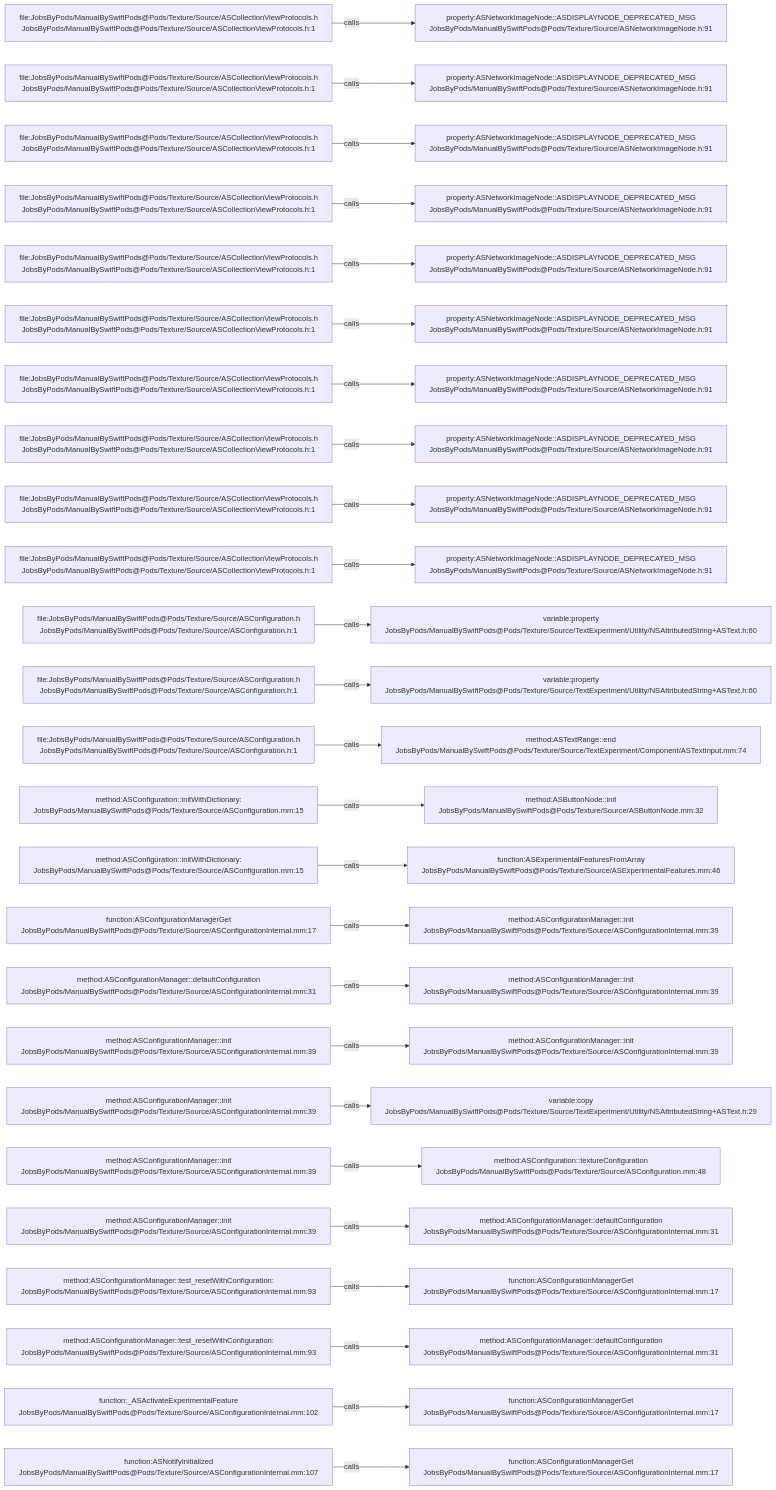
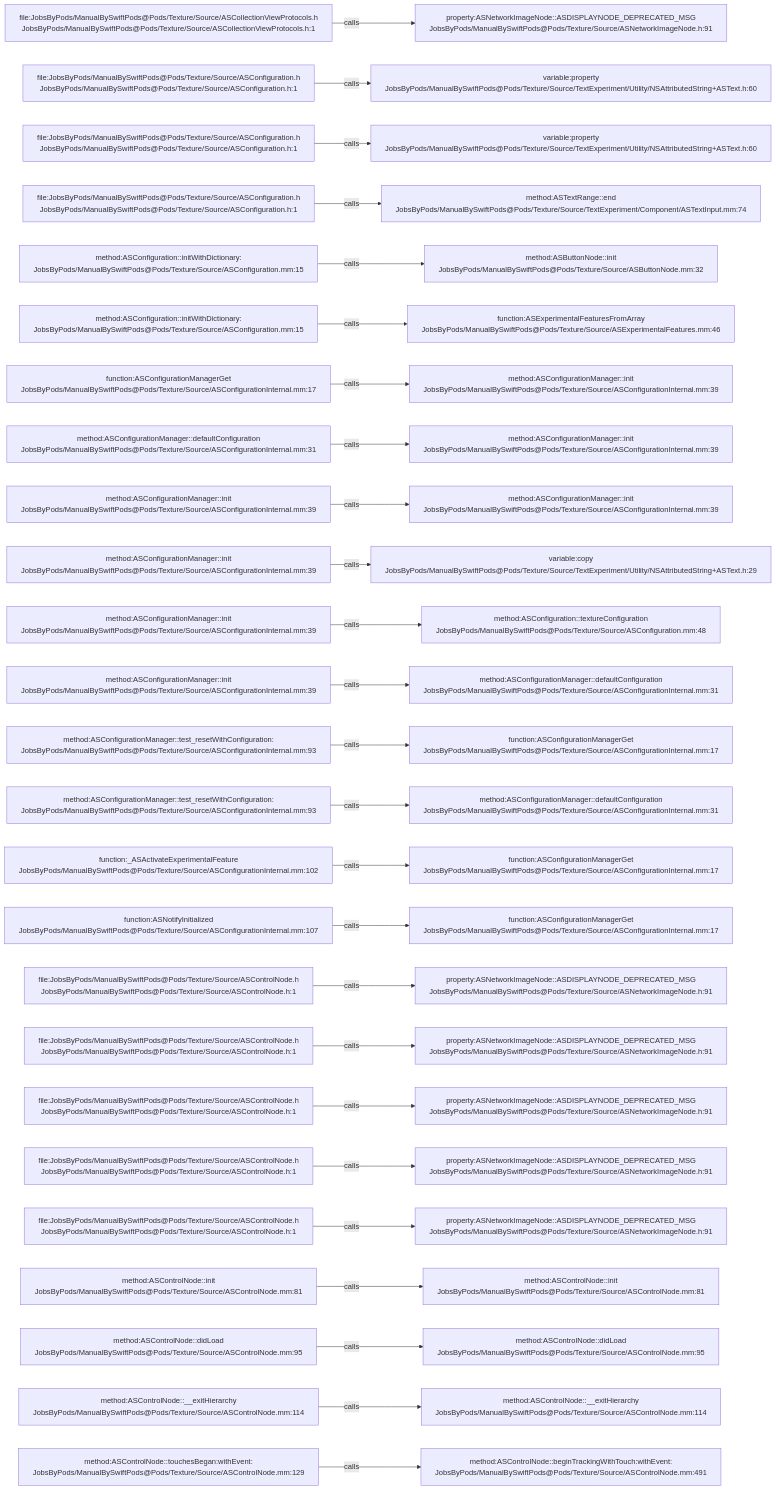
One commit to JobsKits/JobsSwiftBaseConfigDemo changed the diagram in .codegraph/codegraph.md/graphs/calls-016.md. Above: the diagram before and after it, drawn with Mermaid. The commit also changed 707 other files, not shown here.

````diff
--- a/.codegraph/codegraph.md/graphs/calls-016.md
+++ b/.codegraph/codegraph.md/graphs/calls-016.md
@@ -13,78 +13,78 @@
 ```mermaid
 flowchart LR
   S1["file:JobsByPods/ManualBySwiftPods@Pods/Texture/Source/ASCollectionViewProtocols.h<br/>JobsByPods/ManualBySwiftPods@Pods/Texture/Source/ASCollectionViewProtocols.h:1"]
   T1["property:ASNetworkImageNode::ASDISPLAYNODE_DEPRECATED_MSG<br/>JobsByPods/ManualBySwiftPods@Pods/Texture/Source/ASNetworkImageNode.h:91"]
   S1 -->|calls| T1
-  S2["file:JobsByPods/ManualBySwiftPods@Pods/Texture/Source/ASCollectionViewProtocols.h<br/>JobsByPods/ManualBySwiftPods@Pods/Texture/Source/ASCollectionViewProtocols.h:1"]
-  T2["property:ASNetworkImageNode::ASDISPLAYNODE_DEPRECATED_MSG<br/>JobsByPods/ManualBySwiftPods@Pods/Texture/Source/ASNetworkImageNode.h:91"]
+  S2["file:JobsByPods/ManualBySwiftPods@Pods/Texture/Source/ASConfiguration.h<br/>JobsByPods/ManualBySwiftPods@Pods/Texture/Source/ASConfiguration.h:1"]
+  T2["variable:property<br/>JobsByPods/ManualBySwiftPods@Pods/Texture/Source/TextExperiment/Utility/NSAttributedString+ASText.h:60"]
   S2 -->|calls| T2
-  S3["file:JobsByPods/ManualBySwiftPods@Pods/Texture/Source/ASCollectionViewProtocols.h<br/>JobsByPods/ManualBySwiftPods@Pods/Texture/Source/ASCollectionViewProtocols.h:1"]
-  T3["property:ASNetworkImageNode::ASDISPLAYNODE_DEPRECATED_MSG<br/>JobsByPods/ManualBySwiftPods@Pods/Texture/Source/ASNetworkImageNode.h:91"]
+  S3["file:JobsByPods/ManualBySwiftPods@Pods/Texture/Source/ASConfiguration.h<br/>JobsByPods/ManualBySwiftPods@Pods/Texture/Source/ASConfiguration.h:1"]
+  T3["variable:property<br/>JobsByPods/ManualBySwiftPods@Pods/Texture/Source/TextExperiment/Utility/NSAttributedString+ASText.h:60"]
   S3 -->|calls| T3
-  S4["file:JobsByPods/ManualBySwiftPods@Pods/Texture/Source/ASCollectionViewProtocols.h<br/>JobsByPods/ManualBySwiftPods@Pods/Texture/Source/ASCollectionViewProtocols.h:1"]
-  T4["property:ASNetworkImageNode::ASDISPLAYNODE_DEPRECATED_MSG<br/>JobsByPods/ManualBySwiftPods@Pods/Texture/Source/ASNetworkImageNode.h:91"]
+  S4["file:JobsByPods/ManualBySwiftPods@Pods/Texture/Source/ASConfiguration.h<br/>JobsByPods/ManualBySwiftPods@Pods/Texture/Source/ASConfiguration.h:1"]
+  T4["method:ASTextRange::end<br/>JobsByPods/ManualBySwiftPods@Pods/Texture/Source/TextExperiment/Component/ASTextInput.mm:74"]
   S4 -->|calls| T4
-  S5["file:JobsByPods/ManualBySwiftPods@Pods/Texture/Source/ASCollectionViewProtocols.h<br/>JobsByPods/ManualBySwiftPods@Pods/Texture/Source/ASCollectionViewProtocols.h:1"]
-  T5["property:ASNetworkImageNode::ASDISPLAYNODE_DEPRECATED_MSG<br/>JobsByPods/ManualBySwiftPods@Pods/Texture/Source/ASNetworkImageNode.h:91"]
+  S5["method:ASConfiguration::initWithDictionary:<br/>JobsByPods/ManualBySwiftPods@Pods/Texture/Source/ASConfiguration.mm:15"]
+  T5["method:ASButtonNode::init<br/>JobsByPods/ManualBySwiftPods@Pods/Texture/Source/ASButtonNode.mm:32"]
   S5 -->|calls| T5
-  S6["file:JobsByPods/ManualBySwiftPods@Pods/Texture/Source/ASCollectionViewProtocols.h<br/>JobsByPods/ManualBySwiftPods@Pods/Texture/Source/ASCollectionViewProtocols.h:1"]
-  T6["property:ASNetworkImageNode::ASDISPLAYNODE_DEPRECATED_MSG<br/>JobsByPods/ManualBySwiftPods@Pods/Texture/Source/ASNetworkImageNode.h:91"]
+  S6["method:ASConfiguration::initWithDictionary:<br/>JobsByPods/ManualBySwiftPods@Pods/Texture/Source/ASConfiguration.mm:15"]
+  T6["function:ASExperimentalFeaturesFromArray<br/>JobsByPods/ManualBySwiftPods@Pods/Texture/Source/ASExperimentalFeatures.mm:46"]
   S6 -->|calls| T6
-  S7["file:JobsByPods/ManualBySwiftPods@Pods/Texture/Source/ASCollectionViewProtocols.h<br/>JobsByPods/ManualBySwiftPods@Pods/Texture/Source/ASCollectionViewProtocols.h:1"]
-  T7["property:ASNetworkImageNode::ASDISPLAYNODE_DEPRECATED_MSG<br/>JobsByPods/ManualBySwiftPods@Pods/Texture/Source/ASNetworkImageNode.h:91"]
+  S7["function:ASConfigurationManagerGet<br/>JobsByPods/ManualBySwiftPods@Pods/Texture/Source/ASConfigurationInternal.mm:17"]
+  T7["method:ASConfigurationManager::init<br/>JobsByPods/ManualBySwiftPods@Pods/Texture/Source/ASConfigurationInternal.mm:39"]
   S7 -->|calls| T7
-  S8["file:JobsByPods/ManualBySwiftPods@Pods/Texture/Source/ASCollectionViewProtocols.h<br/>JobsByPods/ManualBySwiftPods@Pods/Texture/Source/ASCollectionViewProtocols.h:1"]
-  T8["property:ASNetworkImageNode::ASDISPLAYNODE_DEPRECATED_MSG<br/>JobsByPods/ManualBySwiftPods@Pods/Texture/Source/ASNetworkImageNode.h:91"]
+  S8["method:ASConfigurationManager::defaultConfiguration<br/>JobsByPods/ManualBySwiftPods@Pods/Texture/Source/ASConfigurationInternal.mm:31"]
+  T8["method:ASConfigurationManager::init<br/>JobsByPods/ManualBySwiftPods@Pods/Texture/Source/ASConfigurationInternal.mm:39"]
   S8 -->|calls| T8
-  S9["file:JobsByPods/ManualBySwiftPods@Pods/Texture/Source/ASCollectionViewProtocols.h<br/>JobsByPods/ManualBySwiftPods@Pods/Texture/Source/ASCollectionViewProtocols.h:1"]
-  T9["property:ASNetworkImageNode::ASDISPLAYNODE_DEPRECATED_MSG<br/>JobsByPods/ManualBySwiftPods@Pods/Texture/Source/ASNetworkImageNode.h:91"]
+  S9["method:ASConfigurationManager::init<br/>JobsByPods/ManualBySwiftPods@Pods/Texture/Source/ASConfigurationInternal.mm:39"]
+  T9["method:ASConfigurationManager::init<br/>JobsByPods/ManualBySwiftPods@Pods/Texture/Source/ASConfigurationInternal.mm:39"]
   S9 -->|calls| T9
-  S10["file:JobsByPods/ManualBySwiftPods@Pods/Texture/Source/ASCollectionViewProtocols.h<br/>JobsByPods/ManualBySwiftPods@Pods/Texture/Source/ASCollectionViewProtocols.h:1"]
-  T10["property:ASNetworkImageNode::ASDISPLAYNODE_DEPRECATED_MSG<br/>JobsByPods/ManualBySwiftPods@Pods/Texture/Source/ASNetworkImageNode.h:91"]
+  S10["method:ASConfigurationManager::init<br/>JobsByPods/ManualBySwiftPods@Pods/Texture/Source/ASConfigurationInternal.mm:39"]
+  T10["variable:copy<br/>JobsByPods/ManualBySwiftPods@Pods/Texture/Source/TextExperiment/Utility/NSAttributedString+ASText.h:29"]
   S10 -->|calls| T10
-  S11["file:JobsByPods/ManualBySwiftPods@Pods/Texture/Source/ASConfiguration.h<br/>JobsByPods/ManualBySwiftPods@Pods/Texture/Source/ASConfiguration.h:1"]
-  T11["variable:property<br/>JobsByPods/ManualBySwiftPods@Pods/Texture/Source/TextExperiment/Utility/NSAttributedString+ASText.h:60"]
+  S11["method:ASConfigurationManager::init<br/>JobsByPods/ManualBySwiftPods@Pods/Texture/Source/ASConfigurationInternal.mm:39"]
+  T11["method:ASConfiguration::textureConfiguration<br/>JobsByPods/ManualBySwiftPods@Pods/Texture/Source/ASConfiguration.mm:48"]
   S11 -->|calls| T11
-  S12["file:JobsByPods/ManualBySwiftPods@Pods/Texture/Source/ASConfiguration.h<br/>JobsByPods/ManualBySwiftPods@Pods/Texture/Source/ASConfiguration.h:1"]
-  T12["variable:property<br/>JobsByPods/ManualBySwiftPods@Pods/Texture/Source/TextExperiment/Utility/NSAttributedString+ASText.h:60"]
+  S12["method:ASConfigurationManager::init<br/>JobsByPods/ManualBySwiftPods@Pods/Texture/Source/ASConfigurationInternal.mm:39"]
+  T12["method:ASConfigurationManager::defaultConfiguration<br/>JobsByPods/ManualBySwiftPods@Pods/Texture/Source/ASConfigurationInternal.mm:31"]
   S12 -->|calls| T12
-  S13["file:JobsByPods/ManualBySwiftPods@Pods/Texture/Source/ASConfiguration.h<br/>JobsByPods/ManualBySwiftPods@Pods/Texture/Source/ASConfiguration.h:1"]
-  T13["method:ASTextRange::end<br/>JobsByPods/ManualBySwiftPods@Pods/Texture/Source/TextExperiment/Component/ASTextInput.mm:74"]
+  S13["method:ASConfigurationManager::test_resetWithConfiguration:<br/>JobsByPods/ManualBySwiftPods@Pods/Texture/Source/ASConfigurationInternal.mm:93"]
+  T13["function:ASConfigurationManagerGet<br/>JobsByPods/ManualBySwiftPods@Pods/Texture/Source/ASConfigurationInternal.mm:17"]
   S13 -->|calls| T13
-  S14["method:ASConfiguration::initWithDictionary:<br/>JobsByPods/ManualBySwiftPods@Pods/Texture/Source/ASConfiguration.mm:15"]
-  T14["method:ASButtonNode::init<br/>JobsByPods/ManualBySwiftPods@Pods/Texture/Source/ASButtonNode.mm:32"]
+  S14["method:ASConfigurationManager::test_resetWithConfiguration:<br/>JobsByPods/ManualBySwiftPods@Pods/Texture/Source/ASConfigurationInternal.mm:93"]
+  T14["method:ASConfigurationManager::defaultConfiguration<br/>JobsByPods/ManualBySwiftPods@Pods/Texture/Source/ASConfigurationInternal.mm:31"]
   S14 -->|calls| T14
-  S15["method:ASConfiguration::initWithDictionary:<br/>JobsByPods/ManualBySwiftPods@Pods/Texture/Source/ASConfiguration.mm:15"]
-  T15["function:ASExperimentalFeaturesFromArray<br/>JobsByPods/ManualBySwiftPods@Pods/Texture/Source/ASExperimentalFeatures.mm:46"]
+  S15["function:_ASActivateExperimentalFeature<br/>JobsByPods/ManualBySwiftPods@Pods/Texture/Source/ASConfigurationInternal.mm:102"]
+  T15["function:ASConfigurationManagerGet<br/>JobsByPods/ManualBySwiftPods@Pods/Texture/Source/ASConfigurationInternal.mm:17"]
   S15 -->|calls| T15
-  S16["function:ASConfigurationManagerGet<br/>JobsByPods/ManualBySwiftPods@Pods/Texture/Source/ASConfigurationInternal.mm:17"]
-  T16["method:ASConfigurationManager::init<br/>JobsByPods/ManualBySwiftPods@Pods/Texture/Source/ASConfigurationInternal.mm:39"]
+  S16["function:ASNotifyInitialized<br/>JobsByPods/ManualBySwiftPods@Pods/Texture/Source/ASConfigurationInternal.mm:107"]
+  T16["function:ASConfigurationManagerGet<br/>JobsByPods/ManualBySwiftPods@Pods/Texture/Source/ASConfigurationInternal.mm:17"]
   S16 -->|calls| T16
-  S17["method:ASConfigurationManager::defaultConfiguration<br/>JobsByPods/ManualBySwiftPods@Pods/Texture/Source/ASConfigurationInternal.mm:31"]
-  T17["method:ASConfigurationManager::init<br/>JobsByPods/ManualBySwiftPods@Pods/Texture/Source/ASConfigurationInternal.mm:39"]
+  S17["file:JobsByPods/ManualBySwiftPods@Pods/Texture/Source/ASControlNode.h<br/>JobsByPods/ManualBySwiftPods@Pods/Texture/Source/ASControlNode.h:1"]
+  T17["property:ASNetworkImageNode::ASDISPLAYNODE_DEPRECATED_MSG<br/>JobsByPods/ManualBySwiftPods@Pods/Texture/Source/ASNetworkImageNode.h:91"]
   S17 -->|calls| T17
-  S18["method:ASConfigurationManager::init<br/>JobsByPods/ManualBySwiftPods@Pods/Texture/Source/ASConfigurationInternal.mm:39"]
-  T18["method:ASConfigurationManager::init<br/>JobsByPods/ManualBySwiftPods@Pods/Texture/Source/ASConfigurationInternal.mm:39"]
+  S18["file:JobsByPods/ManualBySwiftPods@Pods/Texture/Source/ASControlNode.h<br/>JobsByPods/ManualBySwiftPods@Pods/Texture/Source/ASControlNode.h:1"]
+  T18["property:ASNetworkImageNode::ASDISPLAYNODE_DEPRECATED_MSG<br/>JobsByPods/ManualBySwiftPods@Pods/Texture/Source/ASNetworkImageNode.h:91"]
   S18 -->|calls| T18
-  S19["method:ASConfigurationManager::init<br/>JobsByPods/ManualBySwiftPods@Pods/Texture/Source/ASConfigurationInternal.mm:39"]
-  T19["variable:copy<br/>JobsByPods/ManualBySwiftPods@Pods/Texture/Source/TextExperiment/Utility/NSAttributedString+ASText.h:29"]
+  S19["file:JobsByPods/ManualBySwiftPods@Pods/Texture/Source/ASControlNode.h<br/>JobsByPods/ManualBySwiftPods@Pods/Texture/Source/ASControlNode.h:1"]
+  T19["property:ASNetworkImageNode::ASDISPLAYNODE_DEPRECATED_MSG<br/>JobsByPods/ManualBySwiftPods@Pods/Texture/Source/ASNetworkImageNode.h:91"]
   S19 -->|calls| T19
-  S20["method:ASConfigurationManager::init<br/>JobsByPods/ManualBySwiftPods@Pods/Texture/Source/ASConfigurationInternal.mm:39"]
-  T20["method:ASConfiguration::textureConfiguration<br/>JobsByPods/ManualBySwiftPods@Pods/Texture/Source/ASConfiguration.mm:48"]
+  S20["file:JobsByPods/ManualBySwiftPods@Pods/Texture/Source/ASControlNode.h<br/>JobsByPods/ManualBySwiftPods@Pods/Texture/Source/ASControlNode.h:1"]
+  T20["property:ASNetworkImageNode::ASDISPLAYNODE_DEPRECATED_MSG<br/>JobsByPods/ManualBySwiftPods@Pods/Texture/Source/ASNetworkImageNode.h:91"]
   S20 -->|calls| T20
-  S21["method:ASConfigurationManager::init<br/>JobsByPods/ManualBySwiftPods@Pods/Texture/Source/ASConfigurationInternal.mm:39"]
-  T21["method:ASConfigurationManager::defaultConfiguration<br/>JobsByPods/ManualBySwiftPods@Pods/Texture/Source/ASConfigurationInternal.mm:31"]
+  S21["file:JobsByPods/ManualBySwiftPods@Pods/Texture/Source/ASControlNode.h<br/>JobsByPods/ManualBySwiftPods@Pods/Texture/Source/ASControlNode.h:1"]
+  T21["property:ASNetworkImageNode::ASDISPLAYNODE_DEPRECATED_MSG<br/>JobsByPods/ManualBySwiftPods@Pods/Texture/Source/ASNetworkImageNode.h:91"]
   S21 -->|calls| T21
-  S22["method:ASConfigurationManager::test_resetWithConfiguration:<br/>JobsByPods/ManualBySwiftPods@Pods/Texture/Source/ASConfigurationInternal.mm:93"]
-  T22["function:ASConfigurationManagerGet<br/>JobsByPods/ManualBySwiftPods@Pods/Texture/Source/ASConfigurationInternal.mm:17"]
+  S22["method:ASControlNode::init<br/>JobsByPods/ManualBySwiftPods@Pods/Texture/Source/ASControlNode.mm:81"]
+  T22["method:ASControlNode::init<br/>JobsByPods/ManualBySwiftPods@Pods/Texture/Source/ASControlNode.mm:81"]
   S22 -->|calls| T22
-  S23["method:ASConfigurationManager::test_resetWithConfiguration:<br/>JobsByPods/ManualBySwiftPods@Pods/Texture/Source/ASConfigurationInternal.mm:93"]
-  T23["method:ASConfigurationManager::defaultConfiguration<br/>JobsByPods/ManualBySwiftPods@Pods/Texture/Source/ASConfigurationInternal.mm:31"]
+  S23["method:ASControlNode::didLoad<br/>JobsByPods/ManualBySwiftPods@Pods/Texture/Source/ASControlNode.mm:95"]
+  T23["method:ASControlNode::didLoad<br/>JobsByPods/ManualBySwiftPods@Pods/Texture/Source/ASControlNode.mm:95"]
   S23 -->|calls| T23
-  S24["function:_ASActivateExperimentalFeature<br/>JobsByPods/ManualBySwiftPods@Pods/Texture/Source/ASConfigurationInternal.mm:102"]
-  T24["function:ASConfigurationManagerGet<br/>JobsByPods/ManualBySwiftPods@Pods/Texture/Source/ASConfigurationInternal.mm:17"]
+  S24["method:ASControlNode::__exitHierarchy<br/>JobsByPods/ManualBySwiftPods@Pods/Texture/Source/ASControlNode.mm:114"]
+  T24["method:ASControlNode::__exitHierarchy<br/>JobsByPods/ManualBySwiftPods@Pods/Texture/Source/ASControlNode.mm:114"]
   S24 -->|calls| T24
-  S25["function:ASNotifyInitialized<br/>JobsByPods/ManualBySwiftPods@Pods/Texture/Source/ASConfigurationInternal.mm:107"]
-  T25["function:ASConfigurationManagerGet<br/>JobsByPods/ManualBySwiftPods@Pods/Texture/Source/ASConfigurationInternal.mm:17"]
+  S25["method:ASControlNode::touchesBegan:withEvent:<br/>JobsByPods/ManualBySwiftPods@Pods/Texture/Source/ASControlNode.mm:129"]
+  T25["method:ASControlNode::beginTrackingWithTouch:withEvent:<br/>JobsByPods/ManualBySwiftPods@Pods/Texture/Source/ASControlNode.mm:491"]
   S25 -->|calls| T25
 ```
````
